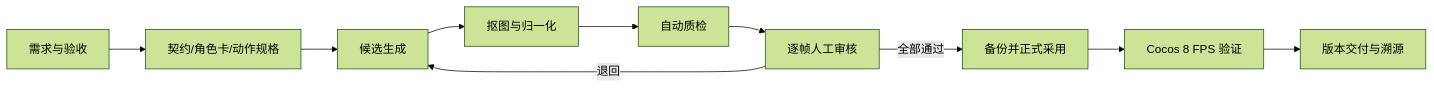
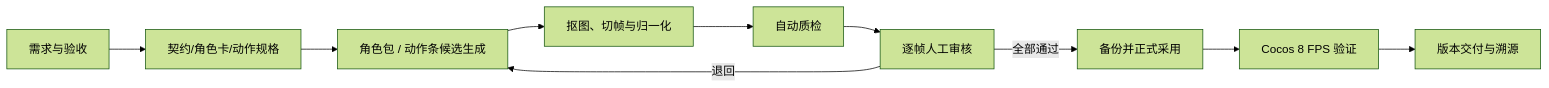
Before and after one commit to huyanxius/windup-asset-lab: the first of 2 diagrams in docs/ENGINEERING_PLAYBOOK.md, drawn with Mermaid (forest theme). The commit also changed other lines of this file and 5 other files, not shown here.

````diff
--- a/docs/ENGINEERING_PLAYBOOK.md
+++ b/docs/ENGINEERING_PLAYBOOK.md
@@ -9,12 +9,12 @@
 ```mermaid
 flowchart LR
   Idea["需求与验收"] --> Contract["契约/角色卡/动作规格"]
-  Contract --> Candidate["候选生成"]
-  Candidate --> Process["抠图与归一化"]
+  Contract --> Candidate["角色包 / 动作条候选生成"]
+  Candidate --> Process["抠图、切帧与归一化"]
   Process --> QA["自动质检"]
   QA --> Review["逐帧人工审核"]
   Review -->|退回| Candidate
   Review -->|全部通过| Promote["备份并正式采用"]
   Promote --> Cocos["Cocos 8 FPS 验证"]
   Cocos --> Release["版本交付与溯源"]
 ```
````
